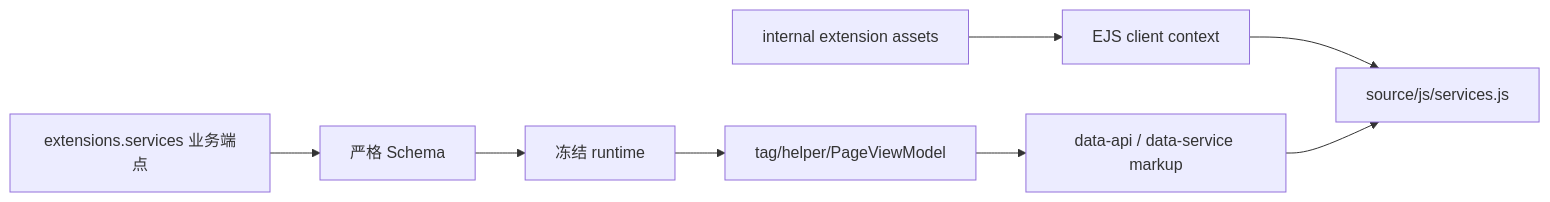
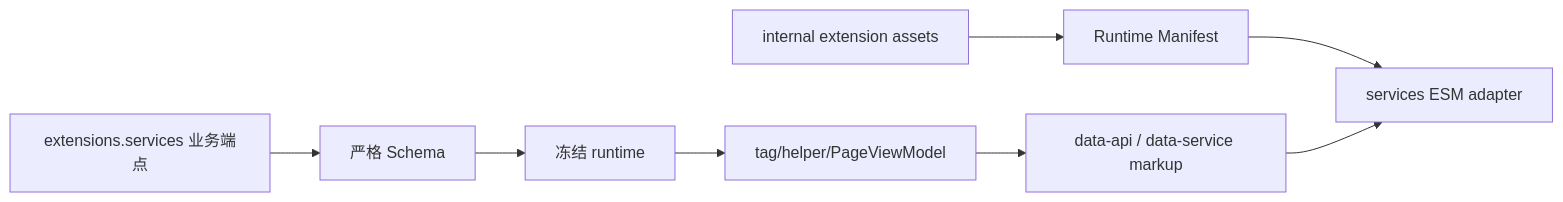
The diagram in docs/knowledge/06-数据服务与组件/data-service-apis.md (xaoxuu/hexo-theme-stellar), drawn with Mermaid before and after one commit. The commit also changed other lines of this file and 72 other files, not shown here.

````diff
--- a/docs/knowledge/06-数据服务与组件/data-service-apis.md
+++ b/docs/knowledge/06-数据服务与组件/data-service-apis.md
@@ -70,10 +70,10 @@
 ```mermaid
 flowchart LR
   A[extensions.services 业务端点] --> B[严格 Schema]
   B --> C[冻结 runtime]
-  D[internal extension assets] --> E[EJS client context]
+  D[internal extension assets] --> E[Runtime Manifest]
   C --> F[tag/helper/PageViewModel]
-  E --> G[source/js/services.js]
+  E --> G[services ESM adapter]
   F --> H[data-api / data-service markup]
   H --> G
 ```
````
